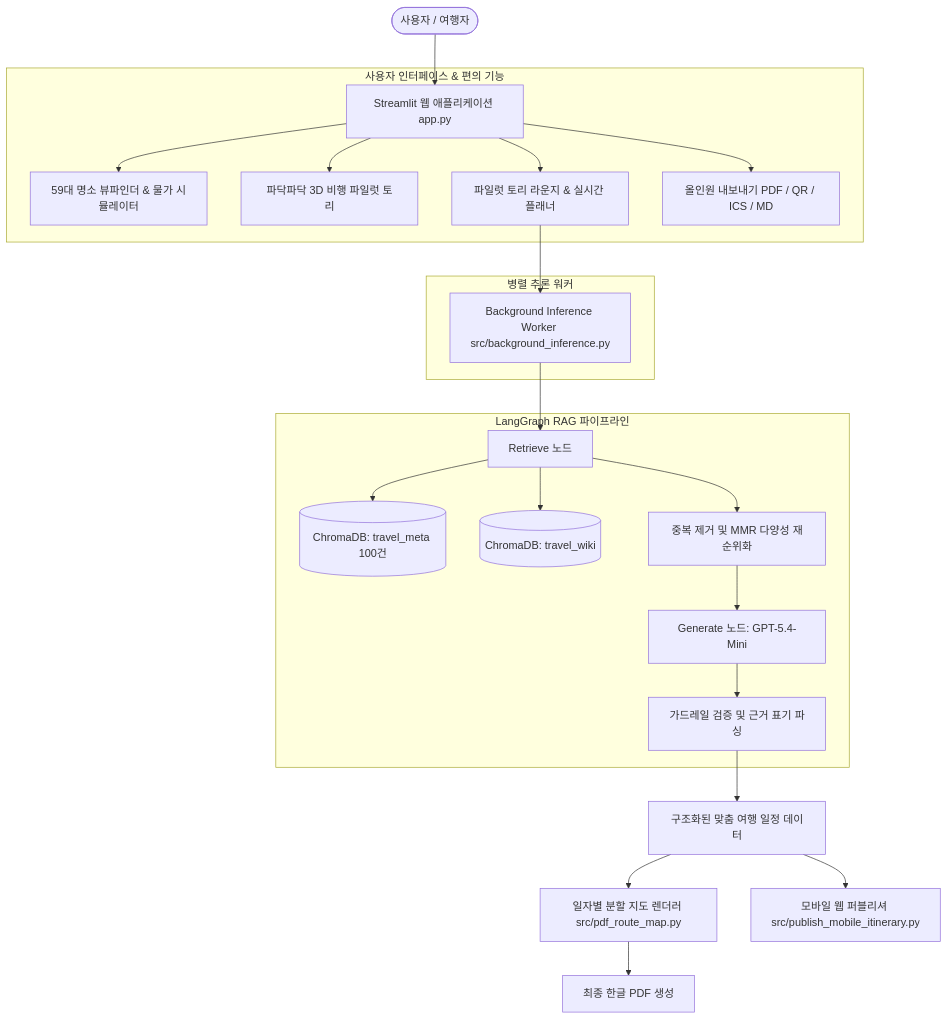
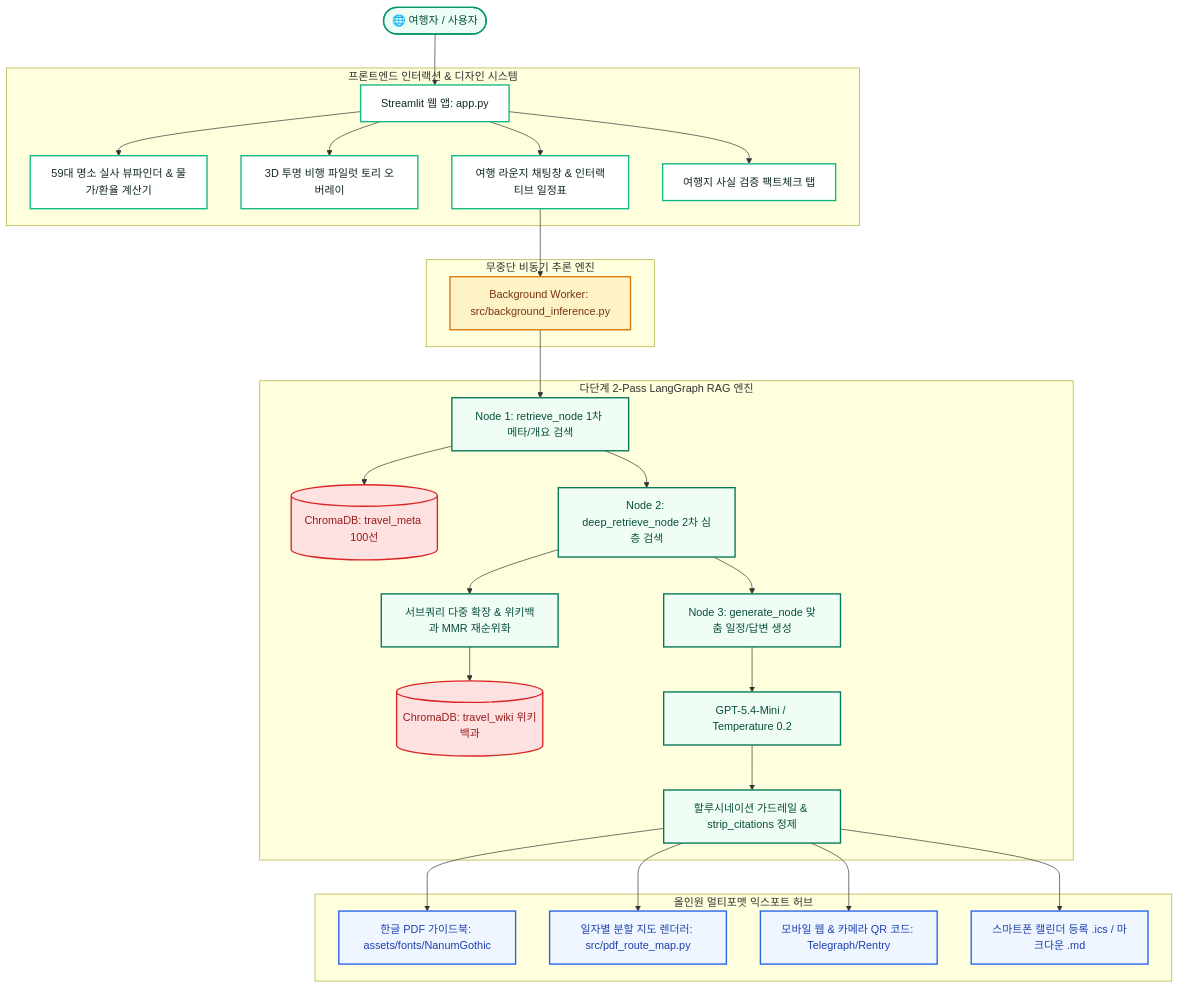
Before and after one commit to strongsun806/TripPilot: the diagram in README.md, drawn with Mermaid. The commit also changed other lines of this file, not shown here.

````diff
--- a/README.md
+++ b/README.md
@@ -99,29 +95,40 @@
 ```mermaid
 flowchart TD
-    User([사용자 / 여행자]) --> UI[Streamlit 웹 애플리케이션 app.py]
+    classDef user fill:#ECFDF5,stroke:#059669,stroke-width:2px,color:#064E3B;
+    classDef app fill:#FFFFFF,stroke:#10B981,stroke-width:2px,color:#0F291E;
+    classDef async fill:#FEF3C7,stroke:#D97706,stroke-width:2px,color:#78350F;
+    classDef rag fill:#F0FDF4,stroke:#047857,stroke-width:2px,color:#064E3B;
+    classDef db fill:#FEE2E2,stroke:#DC2626,stroke-width:2px,color:#991B1B;
+    classDef export fill:#EFF6FF,stroke:#2563EB,stroke-width:2px,color:#1E40AF;
+
+    User([🌐 여행자 / 사용자]):::user --> UI[Streamlit 웹 앱: app.py]:::app
     
-    subgraph UI_Features [사용자 인터페이스 & 편의 기능]
-        UI --> Viewfinder[59대 명소 뷰파인더 & 물가 시뮬레이터]
-        UI --> Mascot[파닥파닥 3D 비행 파일럿 토리]
-        UI --> Lounge[파일럿 토리 라운지 & 실시간 플래너]
-        UI --> ExportHub[올인원 내보내기 PDF / QR / ICS / MD]
+    subgraph UI_Layer [프론트엔드 인터랙션 & 디자인 시스템]
+        UI --> Viewfinder[59대 명소 실사 뷰파인더 & 물가/환율 계산기]:::app
+        UI --> Mascot[3D 투명 비행 파일럿 토리 오버레이]:::app
+        UI --> Lounge[여행 라운지 채팅창 & 인터랙티브 일정표]:::app
+        UI --> FactCheckTab[여행지 사실 검증 팩트체크 탭]:::app
     end
 
-    subgraph Async_Engine [병렬 추론 워커]
-        Lounge --> BgWorker[Background Inference Worker src/background_inference.py]
+    subgraph Async_Engine [무중단 비동기 추론 엔진]
+        Lounge --> BgWorker[Background Worker: src/background_inference.py]:::async
     end
 
-    subgraph LangGraph_RAG [LangGraph RAG 파이프라인]
-        BgWorker --> RetrieveNode[Retrieve 노드]
-        RetrieveNode --> ChromaMeta[(ChromaDB: travel_meta 100건)]
-        RetrieveNode --> ChromaWiki[(ChromaDB: travel_wiki)]
-        RetrieveNode --> MergeFilter[중복 제거 및 MMR 다양성 재순위화]
-        MergeFilter --> GenerateNode[Generate 노드: GPT-5.4-Mini]
-        GenerateNode --> Guardrail[가드레일 검증 및 근거 표기 파싱]
+    subgraph LangGraph_Pipeline [다단계 2-Pass LangGraph RAG 엔진]
+        BgWorker --> Pass1[Node 1: retrieve_node 1차 메타/개요 검색]:::rag
+        Pass1 --> ChromaMeta[(ChromaDB: travel_meta 100선)]:::db
+        Pass1 --> Pass2[Node 2: deep_retrieve_node 2차 심층 검색]:::rag
+        Pass2 --> SubQueries[서브쿼리 다중 확장 & 위키백과 MMR 재순위화]:::rag
+        SubQueries --> ChromaWiki[(ChromaDB: travel_wiki 위키백과)]:::db
+        Pass2 --> NodeGen[Node 3: generate_node 맞춤 일정/답변 생성]:::rag
+        NodeGen --> LLM[GPT-5.4-Mini / Temperature 0.2]:::rag
+        LLM --> Guardrail[할루시네이션 가드레일 & strip_citations 정제]:::rag
     end
 
-    Guardrail --> ItineraryPlan[구조화된 맞춤 여행 일정 데이터]
-    ItineraryPlan --> RouteMapGen[일자별 분할 지도 렌더러 src/pdf_route_map.py]
-    ItineraryPlan --> MobileWebPub[모바일 웹 퍼블리셔 src/publish_mobile_itinerary.py]
-    RouteMapGen --> PDF[최종 한글 PDF 생성]
+    subgraph Export_Hub [올인원 멀티포맷 익스포트 허브]
+        Guardrail --> PDFGen[한글 PDF 가이드북: assets/fonts/NanumGothic]:::export
+        Guardrail --> MapGen[일자별 분할 지도 렌더러: src/pdf_route_map.py]:::export
+        Guardrail --> MobileWeb[모바일 웹 & 카메라 QR 코드: Telegraph/Rentry]:::export
+        Guardrail --> CalExport[스마트폰 캘린더 등록 .ics / 마크다운 .md]:::export
+    end
 ```
````
